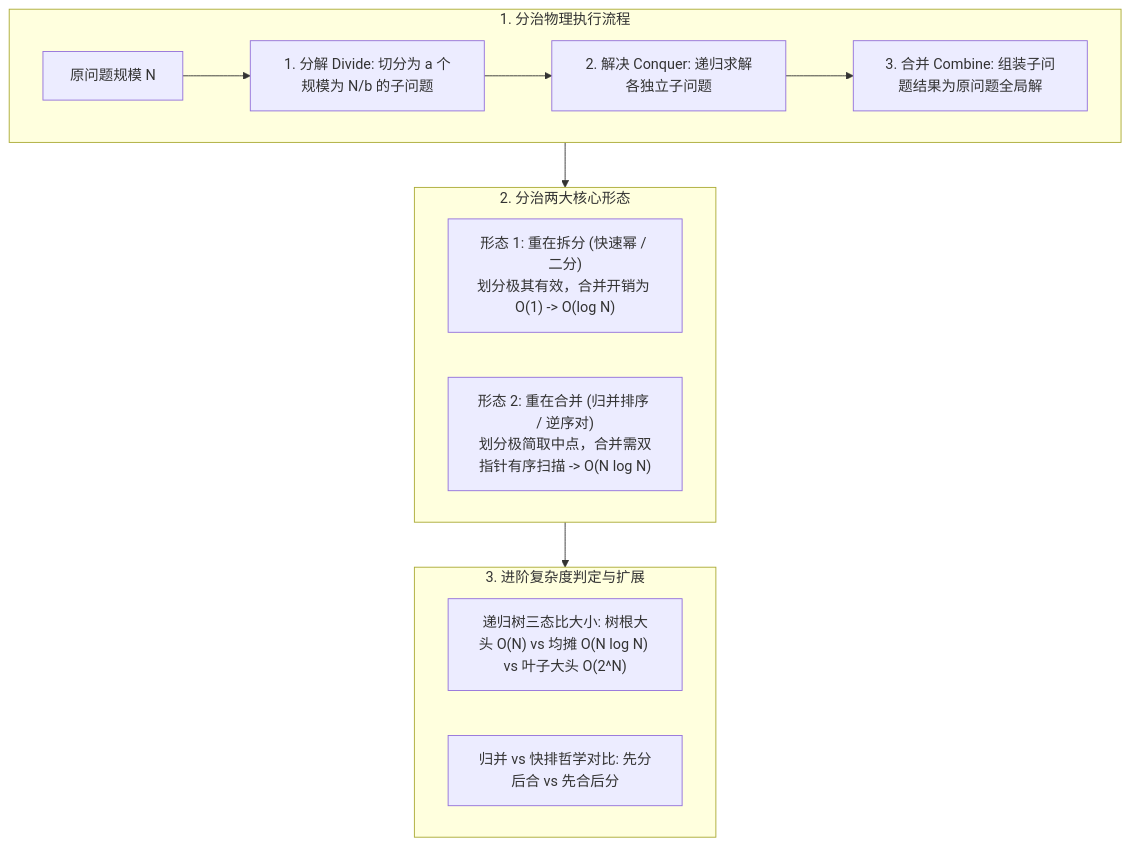
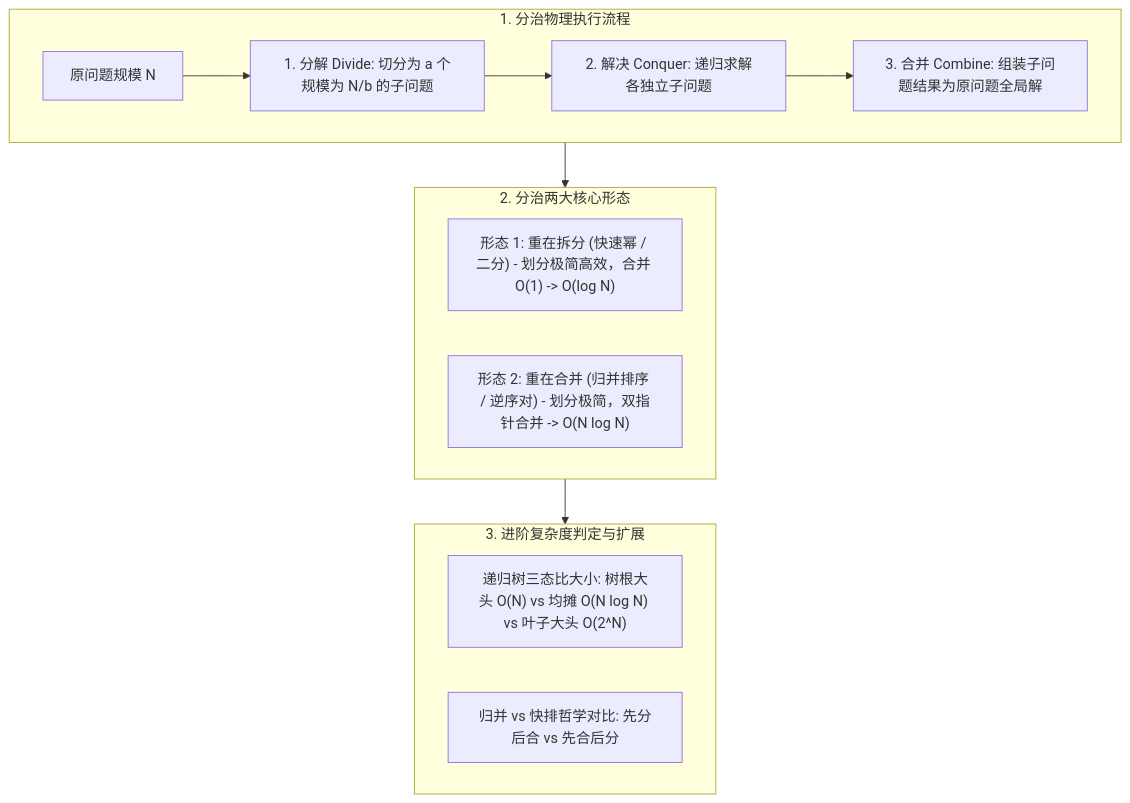
The diagram in 30-算法与数据结构/02-算法思想/05-递归与分治.md (GuoWWWX/knowledge-base), drawn with Mermaid before and after one commit. The commit also changed other lines of this file and 7 other files, not shown here.

````diff
--- a/30-算法与数据结构/02-算法思想/05-递归与分治.md
+++ b/30-算法与数据结构/02-算法思想/05-递归与分治.md
@@ -23,23 +23,21 @@
 ```mermaid
 flowchart TD
     subgraph CoreFlow["1. 分治物理执行流程"]
         A["原问题规模 N"] --> B["1. 分解 Divide: 切分为 a 个规模为 N/b 的子问题"]
         B --> C["2. 解决 Conquer: 递归求解各独立子问题"]
         C --> D["3. 合并 Combine: 组装子问题结果为原问题全局解"]
     end
 
     subgraph TwoStyles["2. 分治两大核心形态"]
-        T1["形态 1: 重在拆分 (快速幂 / 二分)
-划分极其有效，合并开销为 O(1) -> O(log N)"]
-        T2["形态 2: 重在合并 (归并排序 / 逆序对)
-划分极简取中点，合并需双指针有序扫描 -> O(N log N)"]
+        T1["形态 1: 重在拆分 (快速幂 / 二分) - 划分极简高效，合并 O(1) -> O(log N)"]
+        T2["形态 2: 重在合并 (归并排序 / 逆序对) - 划分极简，双指针合并 -> O(N log N)"]
     end
 
     subgraph Advanced["3. 进阶复杂度判定与扩展"]
         P1["递归树三态比大小: 树根大头 O(N) vs 均摊 O(N log N) vs 叶子大头 O(2^N)"]
         P2["归并 vs 快排哲学对比: 先分后合 vs 先合后分"]
     end
 
     CoreFlow --> TwoStyles
     TwoStyles --> Advanced
 ```
````
